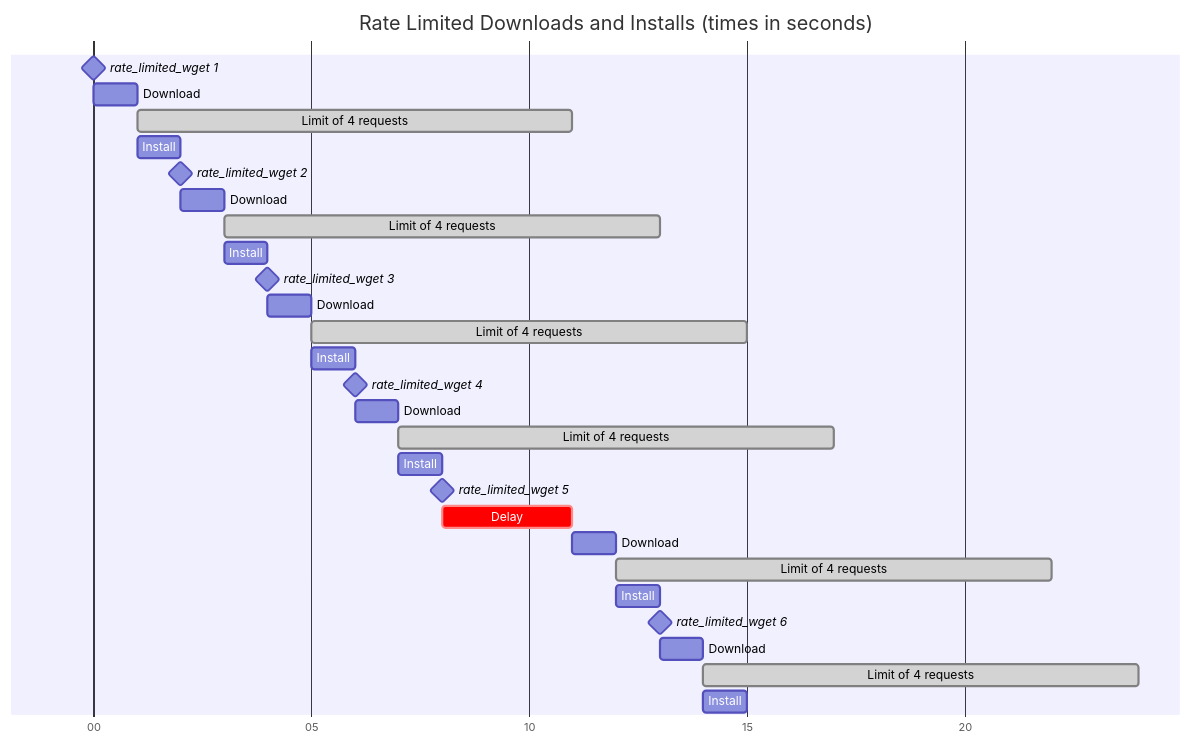
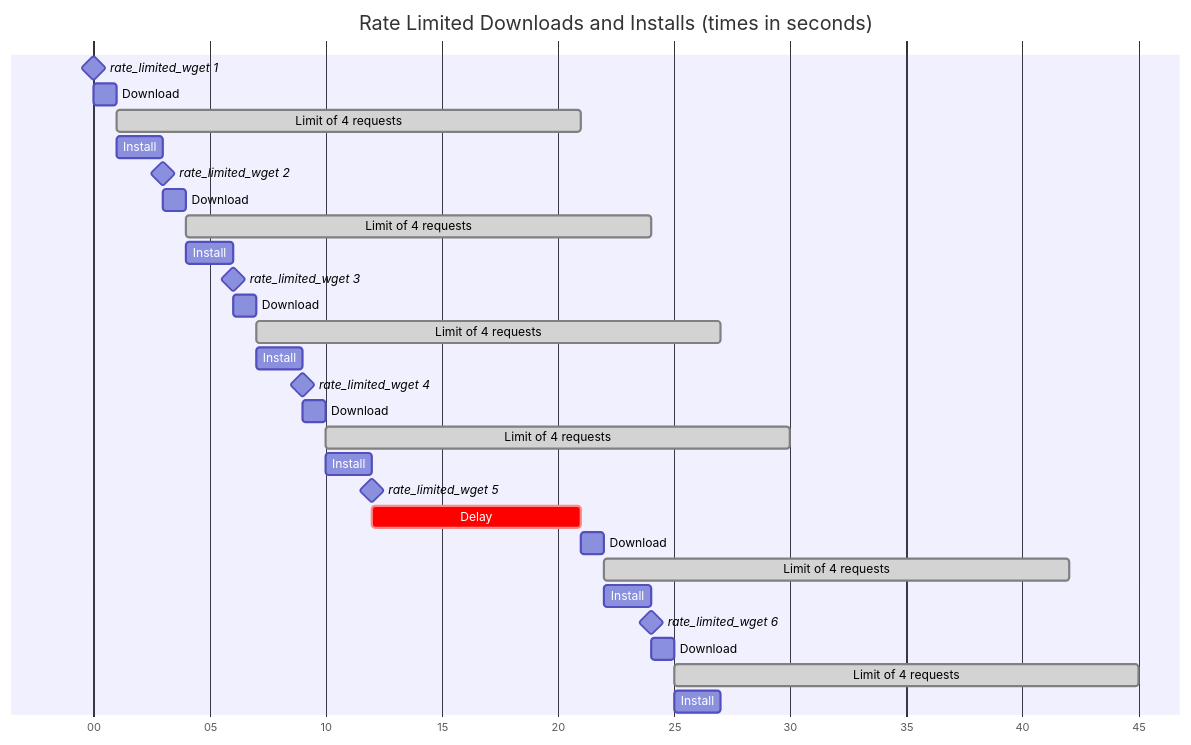
Before and after one commit to jshprentz/rate_limited_wget: the second of 2 diagrams in README.md, drawn with Mermaid. The commit also changed other lines of this file, not shown here.

Commit message:
Update README.md: Add limitations, fix typos, improve charts.

````diff
--- a/README.md
+++ b/README.md
@@ -187,31 +188,31 @@
 ```mermaid
 gantt
     title Rate Limited Downloads and Installs (times in seconds)
     dateFormat  s
     axisFormat %S
     rate_limited_wget 1   :milestone, w1, 0, 0
     Download              :d1, after w1, 1s
-    Limit of 4 requests   :done, l1, after d1, 10s
-    Install               :after d1, 1s
-    rate_limited_wget 2    :milestone, w2, 2, 2
+    Limit of 4 requests   :done, l1, after d1, 20s
+    Install               :i1, after d1, 2s
+    rate_limited_wget 2    :milestone, w2, after i1, 0s
     Download              :d2, after w2, 1s
-    Limit of 4 requests   :done, after d2, 10s
-    Install               :after d2, 1s
-    rate_limited_wget 3   :milestone, w3, 4, 4
+    Limit of 4 requests   :done, after d2, 20s
+    Install               :i2, after d2, 2s
+    rate_limited_wget 3   :milestone, w3, after i2, 0s
     Download              :d3, after w3, 1s
-    Limit of 4 requests   :done, after d3, 10s
-    Install               :after d3, 1s
-    rate_limited_wget 4   :milestone, w4, 6, 6
+    Limit of 4 requests   :done, after d3, 20s
+    Install               :i3, after d3, 2s
+    rate_limited_wget 4   :milestone, w4, after i3, 0s
     Download              :d4, after w4, 1s
-    Limit of 4 requests   :done, after d4, 10s
-    Install               :i4, after d4, 1s
+    Limit of 4 requests   :done, after d4, 20s
+    Install               :i4, after d4, 2s
     rate_limited_wget 5   :milestone, w5, after i4, 0s
     Delay                 :crit, delay5, after w5, until d5
     Download              :d5, after l1, 1s
-    Limit of 4 requests   :done, after d5, 10s
-    Install               :i5, after d5, 1s
+    Limit of 4 requests   :done, after d5, 20s
+    Install               :i5, after d5, 2s
     rate_limited_wget 6   :milestone, w6, after i5, 0s
     Download              :d6, after w6, 1s
-    Limit of 4 requests   :done, after d6, 10s
-    Install               :after d6, 1s
+    Limit of 4 requests   :done, after d6, 20s
+    Install               :after d6, 2s
 ```
````
